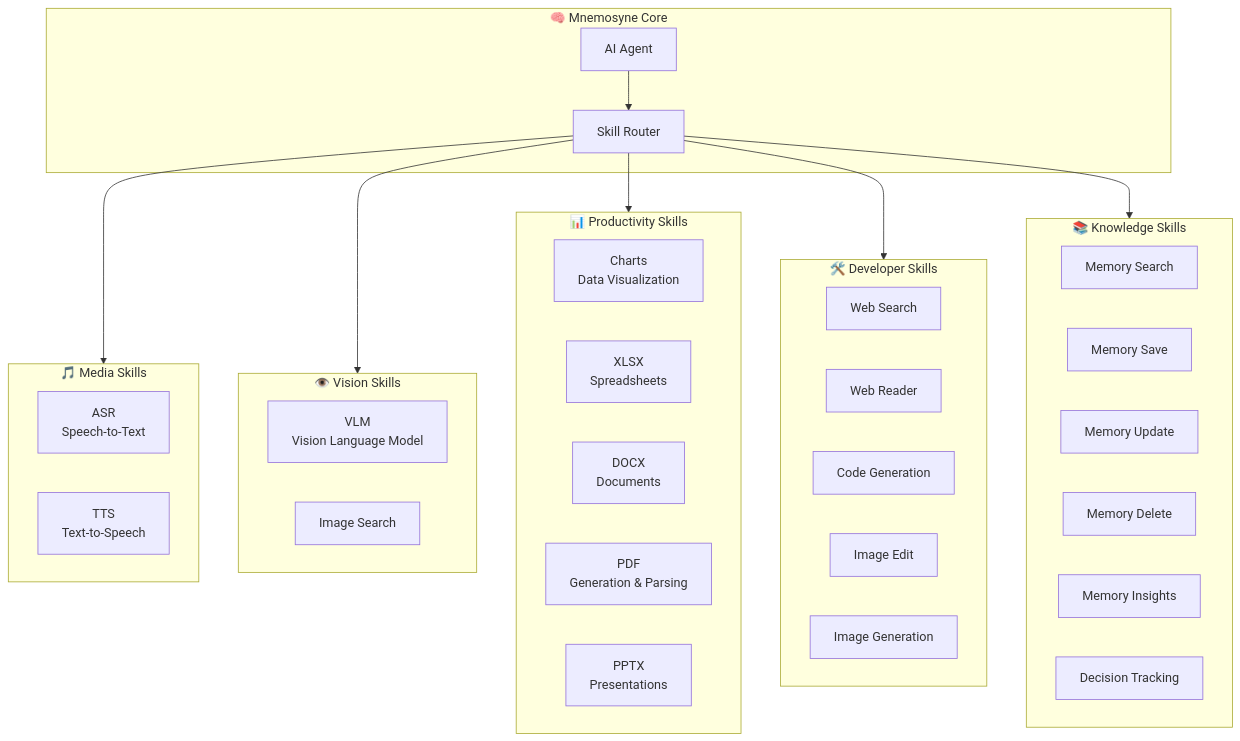
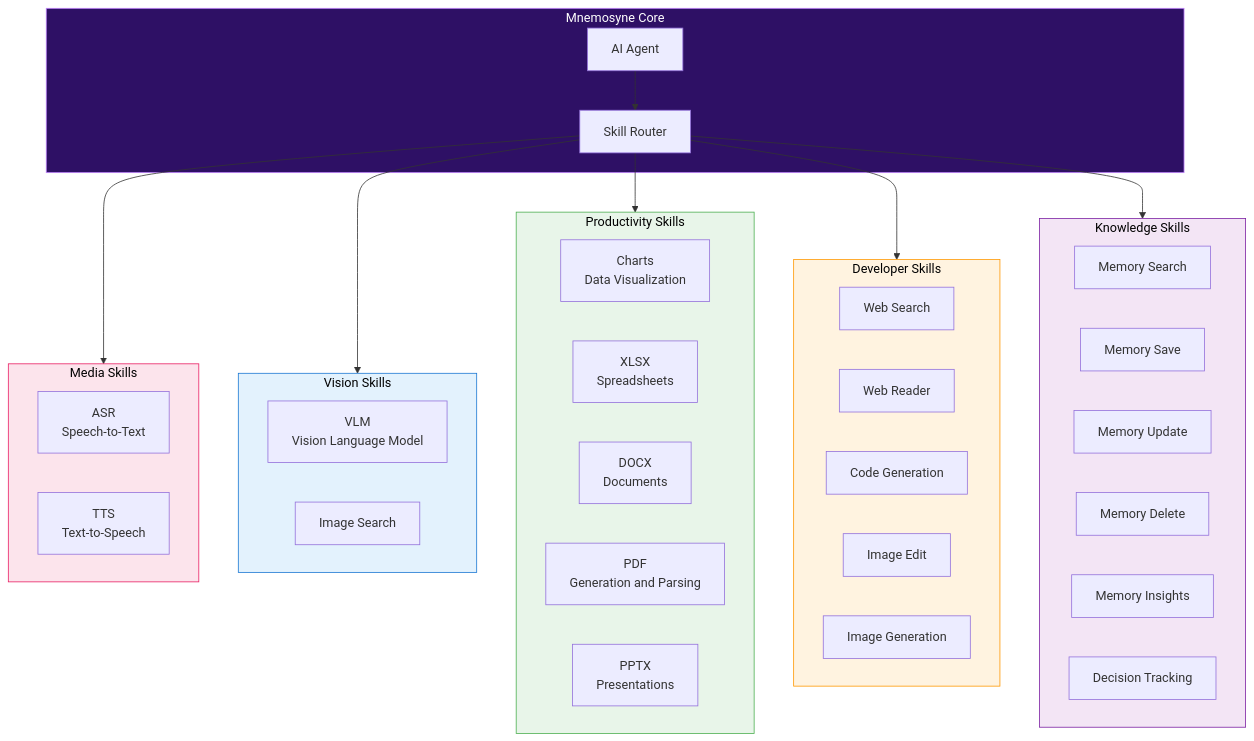
The third of 5 diagrams in README.md (mulkymalikuldhrs/mnemosyne), drawn with Mermaid before and after one commit. The commit also changed other lines of this file and 1 other file, not shown here.

Commit message:
🎨 Upgrade: banner image + fixed Mermaid + animations + flow diagrams

````diff
--- a/README.md
+++ b/README.md
@@ -190,49 +148,56 @@
 ```mermaid
 flowchart TB
-    subgraph Core["🧠 Mnemosyne Core"]
+    subgraph Core["Mnemosyne Core"]
         Agent[AI Agent]
         Router2[Skill Router]
     end
 
-    subgraph Media["🎵 Media Skills"]
+    subgraph Media["Media Skills"]
         ASR[ASR<br/>Speech-to-Text]
         TTS[TTS<br/>Text-to-Speech]
     end
 
-    subgraph Vision["👁️ Vision Skills"]
+    subgraph Vision["Vision Skills"]
         VLM[VLM<br/>Vision Language Model]
         ImgSearch[Image Search]
     end
 
-    subgraph Productivity["📊 Productivity Skills"]
+    subgraph Productivity["Productivity Skills"]
         Charts[Charts<br/>Data Visualization]
         XLSX[XLSX<br/>Spreadsheets]
         DOCX[DOCX<br/>Documents]
-        PDF[PDF<br/>Generation & Parsing]
+        PDF[PDF<br/>Generation and Parsing]
         PPTX[PPTX<br/>Presentations]
     end
 
-    subgraph Dev["🛠️ Developer Skills"]
+    subgraph Dev["Developer Skills"]
         WebSearch[Web Search]
         WebReader[Web Reader]
         CodeGen[Code Generation]
         ImgEdit[Image Edit]
         ImgGen[Image Generation]
     end
 
-    subgraph Knowledge["📚 Knowledge Skills"]
+    subgraph Knowledge["Knowledge Skills"]
         MemorySearch[Memory Search]
         MemorySave[Memory Save]
         MemoryUpdate[Memory Update]
         MemoryDelete[Memory Delete]
         MemoryInsights[Memory Insights]
         DecisionTrack[Decision Tracking]
     end
 
     Agent --> Router2
     Router2 --> Media
     Router2 --> Vision
     Router2 --> Productivity
     Router2 --> Dev
     Router2 --> Knowledge
+
+    style Core fill:#2e1065,stroke:#c084fc,color:#fff
+    style Media fill:#fce4ec,stroke:#e91e63,color:#000
+    style Vision fill:#e3f2fd,stroke:#1976d2,color:#000
+    style Productivity fill:#e8f5e9,stroke:#4caf50,color:#000
+    style Dev fill:#fff3e0,stroke:#ff9800,color:#000
+    style Knowledge fill:#f3e5f5,stroke:#7b1fa2,color:#000
 ```
````
